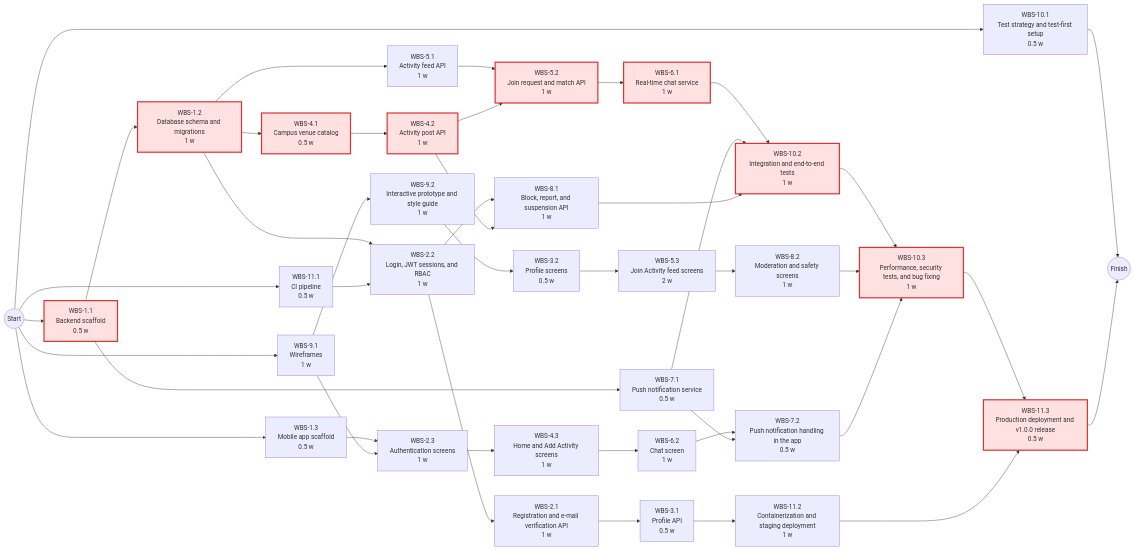
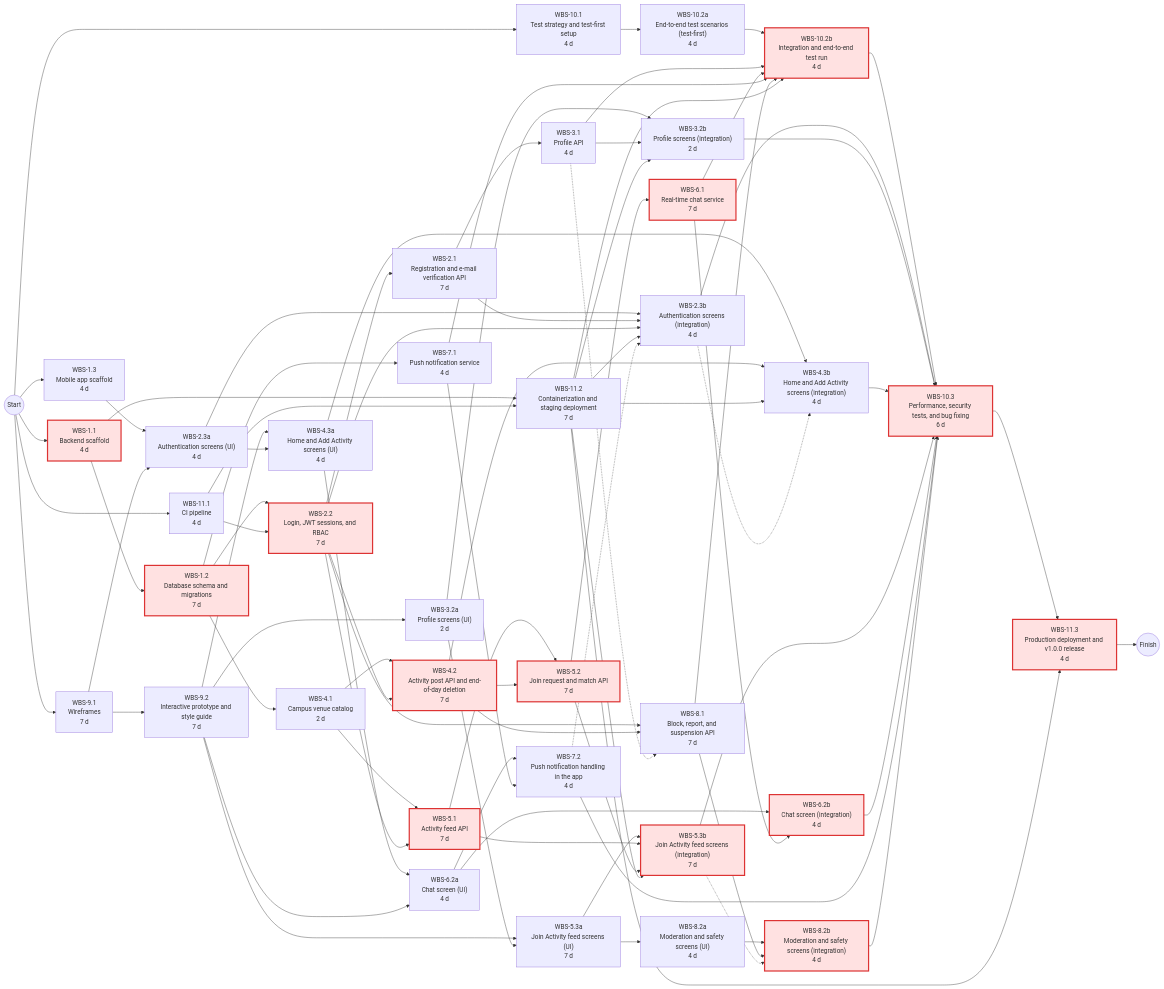
The first of 2 diagrams in docs/ProjectPlan.md (DurukanEnes/campus-matcher), drawn with Mermaid before and after one commit. The commit also changed other lines of this file, not shown here.

````diff
--- a/docs/ProjectPlan.md
+++ b/docs/ProjectPlan.md
@@ -298,74 +337,117 @@
 ```mermaid
 flowchart LR
     START((Start))
-    W1_1["WBS-1.1<br/>Backend scaffold<br/>0.5 w"]
-    W1_2["WBS-1.2<br/>Database schema and migrations<br/>1 w"]
-    W1_3["WBS-1.3<br/>Mobile app scaffold<br/>0.5 w"]
-    W2_1["WBS-2.1<br/>Registration and e-mail verification API<br/>1 w"]
-    W2_2["WBS-2.2<br/>Login, JWT sessions, and RBAC<br/>1 w"]
-    W2_3["WBS-2.3<br/>Authentication screens<br/>1 w"]
-    W3_1["WBS-3.1<br/>Profile API<br/>0.5 w"]
-    W3_2["WBS-3.2<br/>Profile screens<br/>0.5 w"]
-    W4_1["WBS-4.1<br/>Campus venue catalog<br/>0.5 w"]
-    W4_2["WBS-4.2<br/>Activity post API<br/>1 w"]
-    W4_3["WBS-4.3<br/>Home and Add Activity screens<br/>1 w"]
-    W5_1["WBS-5.1<br/>Activity feed API<br/>1 w"]
-    W5_2["WBS-5.2<br/>Join request and match API<br/>1 w"]
-    W5_3["WBS-5.3<br/>Join Activity feed screens<br/>2 w"]
-    W6_1["WBS-6.1<br/>Real-time chat service<br/>1 w"]
-    W6_2["WBS-6.2<br/>Chat screen<br/>1 w"]
-    W7_1["WBS-7.1<br/>Push notification service<br/>0.5 w"]
-    W7_2["WBS-7.2<br/>Push notification handling in the app<br/>0.5 w"]
-    W8_1["WBS-8.1<br/>Block, report, and suspension API<br/>1 w"]
-    W8_2["WBS-8.2<br/>Moderation and safety screens<br/>1 w"]
-    W9_1["WBS-9.1<br/>Wireframes<br/>1 w"]
-    W9_2["WBS-9.2<br/>Interactive prototype and style guide<br/>1 w"]
-    W10_1["WBS-10.1<br/>Test strategy and test-first setup<br/>0.5 w"]
-    W10_2["WBS-10.2<br/>Integration and end-to-end tests<br/>1 w"]
-    W10_3["WBS-10.3<br/>Performance, security tests, and bug fixing<br/>1 w"]
-    W11_1["WBS-11.1<br/>CI pipeline<br/>0.5 w"]
-    W11_2["WBS-11.2<br/>Containerization and staging deployment<br/>1 w"]
-    W11_3["WBS-11.3<br/>Production deployment and v1.0.0 release<br/>0.5 w"]
+    W1_1["WBS-1.1<br/>Backend scaffold<br/>4 d"]
+    W1_2["WBS-1.2<br/>Database schema and migrations<br/>7 d"]
+    W1_3["WBS-1.3<br/>Mobile app scaffold<br/>4 d"]
+    W2_1["WBS-2.1<br/>Registration and e-mail verification API<br/>7 d"]
+    W2_2["WBS-2.2<br/>Login, JWT sessions, and RBAC<br/>7 d"]
+    W2_3a["WBS-2.3a<br/>Authentication screens (UI)<br/>4 d"]
+    W2_3b["WBS-2.3b<br/>Authentication screens (integration)<br/>4 d"]
+    W3_1["WBS-3.1<br/>Profile API<br/>4 d"]
+    W3_2a["WBS-3.2a<br/>Profile screens (UI)<br/>2 d"]
+    W3_2b["WBS-3.2b<br/>Profile screens (integration)<br/>2 d"]
+    W4_1["WBS-4.1<br/>Campus venue catalog<br/>2 d"]
+    W4_2["WBS-4.2<br/>Activity post API and end-of-day deletion<br/>7 d"]
+    W4_3a["WBS-4.3a<br/>Home and Add Activity screens (UI)<br/>4 d"]
+    W4_3b["WBS-4.3b<br/>Home and Add Activity screens (integration)<br/>4 d"]
+    W5_1["WBS-5.1<br/>Activity feed API<br/>7 d"]
+    W5_2["WBS-5.2<br/>Join request and match API<br/>7 d"]
+    W5_3a["WBS-5.3a<br/>Join Activity feed screens (UI)<br/>7 d"]
+    W5_3b["WBS-5.3b<br/>Join Activity feed screens (integration)<br/>7 d"]
+    W6_1["WBS-6.1<br/>Real-time chat service<br/>7 d"]
+    W6_2a["WBS-6.2a<br/>Chat screen (UI)<br/>4 d"]
+    W6_2b["WBS-6.2b<br/>Chat screen (integration)<br/>4 d"]
+    W7_1["WBS-7.1<br/>Push notification service<br/>4 d"]
+    W7_2["WBS-7.2<br/>Push notification handling in the app<br/>4 d"]
+    W8_1["WBS-8.1<br/>Block, report, and suspension API<br/>7 d"]
+    W8_2a["WBS-8.2a<br/>Moderation and safety screens (UI)<br/>4 d"]
+    W8_2b["WBS-8.2b<br/>Moderation and safety screens (integration)<br/>4 d"]
+    W9_1["WBS-9.1<br/>Wireframes<br/>7 d"]
+    W9_2["WBS-9.2<br/>Interactive prototype and style guide<br/>7 d"]
+    W10_1["WBS-10.1<br/>Test strategy and test-first setup<br/>4 d"]
+    W10_2a["WBS-10.2a<br/>End-to-end test scenarios (test-first)<br/>4 d"]
+    W10_2b["WBS-10.2b<br/>Integration and end-to-end test run<br/>4 d"]
+    W10_3["WBS-10.3<br/>Performance, security tests, and bug fixing<br/>6 d"]
+    W11_1["WBS-11.1<br/>CI pipeline<br/>4 d"]
+    W11_2["WBS-11.2<br/>Containerization and staging deployment<br/>7 d"]
+    W11_3["WBS-11.3<br/>Production deployment and v1.0.0 release<br/>4 d"]
     START --> W1_1
     W1_1 --> W1_2
     START --> W1_3
     W2_2 --> W2_1
     W1_2 --> W2_2
     W11_1 --> W2_2
-    W1_3 --> W2_3
-    W9_1 --> W2_3
+    W1_3 --> W2_3a
+    W9_1 --> W2_3a
+    W2_3a --> W2_3b
+    W2_1 --> W2_3b
+    W2_2 --> W2_3b
+    W11_2 --> W2_3b
+    W7_2 -.-> W2_3b
     W2_1 --> W3_1
-    W9_2 --> W3_2
+    W9_2 --> W3_2a
+    W3_2a --> W3_2b
+    W3_1 --> W3_2b
+    W11_2 --> W3_2b
     W1_2 --> W4_1
     W4_1 --> W4_2
-    W2_3 --> W4_3
-    W1_2 --> W5_1
+    W2_2 --> W4_2
+    W9_2 --> W4_3a
+    W2_3a --> W4_3a
+    W4_3a --> W4_3b
+    W4_2 --> W4_3b
+    W11_2 --> W4_3b
+    W2_3b -.-> W4_3b
+    W4_1 --> W5_1
+    W2_2 --> W5_1
     W5_1 --> W5_2
     W4_2 --> W5_2
-    W3_2 --> W5_3
+    W9_2 --> W5_3a
+    W3_2a --> W5_3a
+    W5_3a --> W5_3b
+    W5_1 --> W5_3b
+    W5_2 --> W5_3b
+    W11_2 --> W5_3b
     W5_2 --> W6_1
-    W4_3 --> W6_2
-    W1_1 --> W7_1
-    W6_2 --> W7_2
+    W4_3a --> W6_2a
+    W9_2 --> W6_2a
+    W6_2a --> W6_2b
+    W6_1 --> W6_2b
+    W1_2 --> W7_1
+    W6_2a --> W7_2
     W7_1 --> W7_2
     W2_2 --> W8_1
     W4_2 --> W8_1
-    W5_3 --> W8_2
+    W3_1 -.-> W8_1
+    W5_3a --> W8_2a
+    W8_2a --> W8_2b
+    W8_1 --> W8_2b
+    W5_3b -.-> W8_2b
     START --> W9_1
     W9_1 --> W9_2
     START --> W10_1
-    W6_1 --> W10_2
-    W7_1 --> W10_2
-    W8_1 --> W10_2
-    W10_2 --> W10_3
-    W8_2 --> W10_3
+    W10_1 --> W10_2a
+    W10_2a --> W10_2b
+    W3_1 --> W10_2b
+    W6_1 --> W10_2b
+    W7_1 --> W10_2b
+    W8_1 --> W10_2b
+    W11_2 --> W10_2b
+    W10_2b --> W10_3
+    W2_3b --> W10_3
+    W3_2b --> W10_3
+    W4_3b --> W10_3
+    W5_3b --> W10_3
+    W6_2b --> W10_3
     W7_2 --> W10_3
+    W8_2b --> W10_3
     START --> W11_1
-    W3_1 --> W11_2
+    W1_1 --> W11_2
+    W11_1 --> W11_2
     W10_3 --> W11_3
     W11_2 --> W11_3
-    W10_1 --> FINISH((Finish))
     W11_3 --> FINISH((Finish))
     classDef critical fill:#ffe1e1,stroke:#d33,stroke-width:3px;
-    class W1_1,W1_2,W4_1,W4_2,W5_2,W6_1,W10_2,W10_3,W11_3 critical;
+    class W1_1,W1_2,W2_2,W4_2,W5_1,W5_2,W5_3b,W6_1,W6_2b,W8_2b,W10_2b,W10_3,W11_3 critical;
 ```
````
